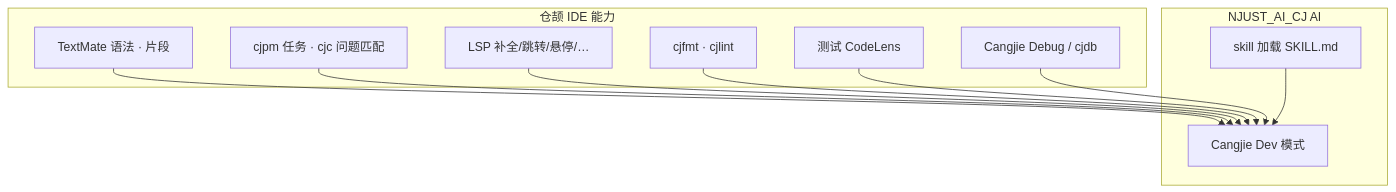
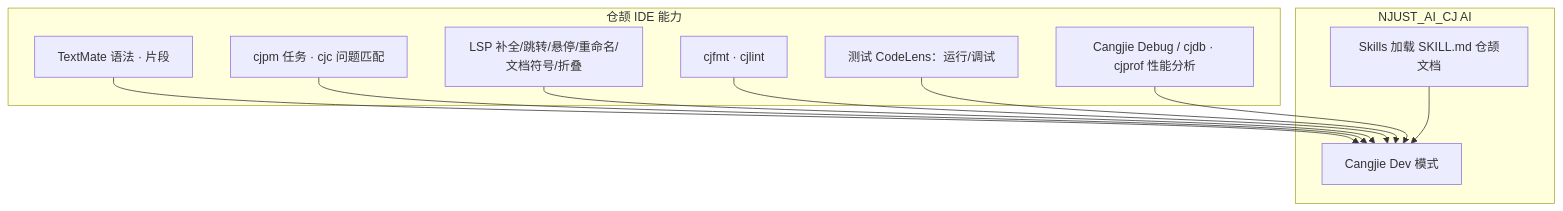
Before and after one commit to JunjieChen0/NJUST: the fifth of 5 diagrams in README.md, drawn with Mermaid. The commit also changed other lines of this file and 402 other files, not shown here.

````diff
--- a/README.md
+++ b/README.md
@@ -148,22 +150,22 @@
 ```mermaid
 flowchart TB
   subgraph IDE["仓颉 IDE 能力"]
     L[TextMate 语法 · 片段]
     P[cjpm 任务 · cjc 问题匹配]
-    S[LSP 补全/跳转/悬停/…]
+    S[LSP 补全/跳转/悬停/重命名/文档符号/折叠]
     F[cjfmt · cjlint]
-    T[测试 CodeLens]
-    D[Cangjie Debug / cjdb]
+    T[测试 CodeLens：运行/调试]
+    D[Cangjie Debug / cjdb · cjprof 性能分析]
   end
   subgraph AI["NJUST_AI_CJ AI"]
     M[Cangjie Dev 模式]
-    SK[skill 加载 SKILL.md]
+    SK[Skills 加载 SKILL.md 仓颉文档]
   end
   L --> M
   P --> M
   S --> M
   F --> M
   T --> M
   D --> M
   SK --> M
 ```
````
